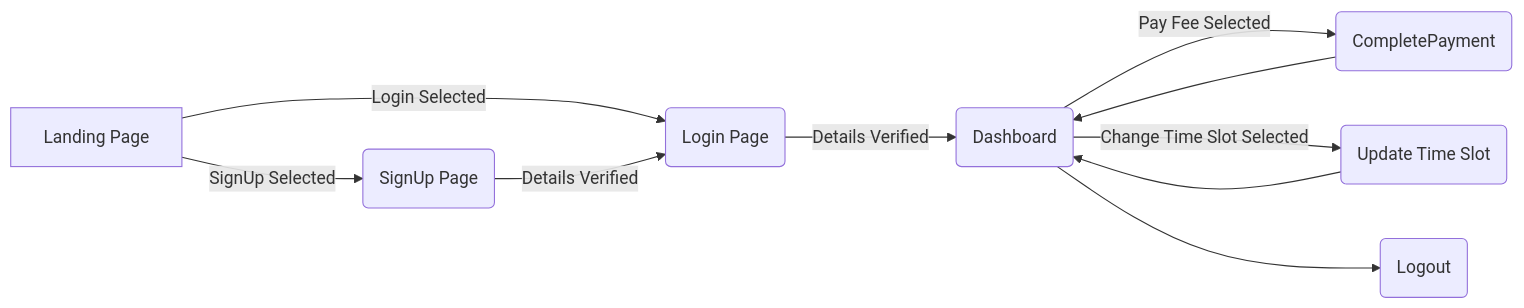
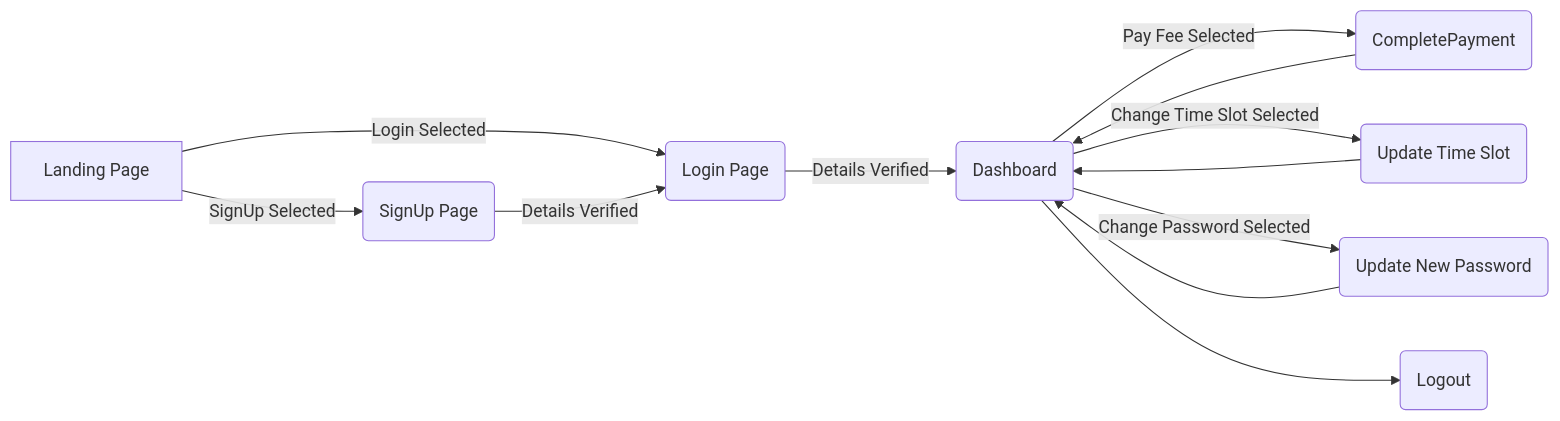
One commit to AlwinderSingh/proj1 changed the diagram in README.md. Above: the diagram before and after it, drawn with Mermaid. The commit also changed other lines of this file, not shown here.

````diff
--- a/README.md
+++ b/README.md
@@ -25,12 +25,14 @@
 ```mermaid
 graph LR
 A[Landing Page] --Login Selected --> B(Login Page)
 A --SignUp Selected--> C(SignUp Page)
 B --Details Verified--> D(Dashboard)
 C --Details Verified--> B
 D --Pay Fee Selected-->E(CompletePayment)
 E-->D
 D--Change Time Slot Selected-->F(Update Time Slot)
 F-->D
+D--Change Password Selected-->H(Update New Password)
+H-->D
 D-->G(Logout)
 ```
````
